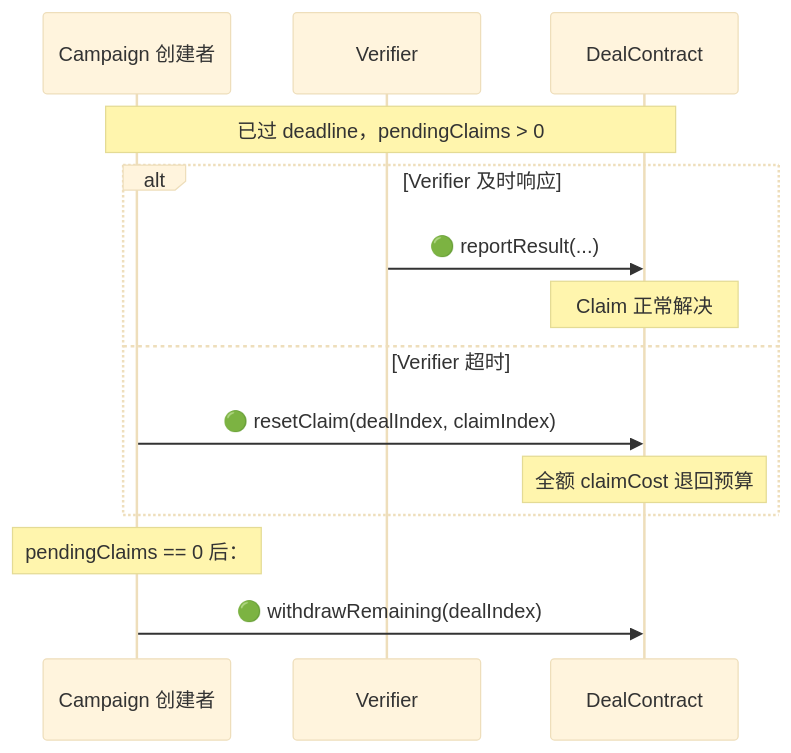
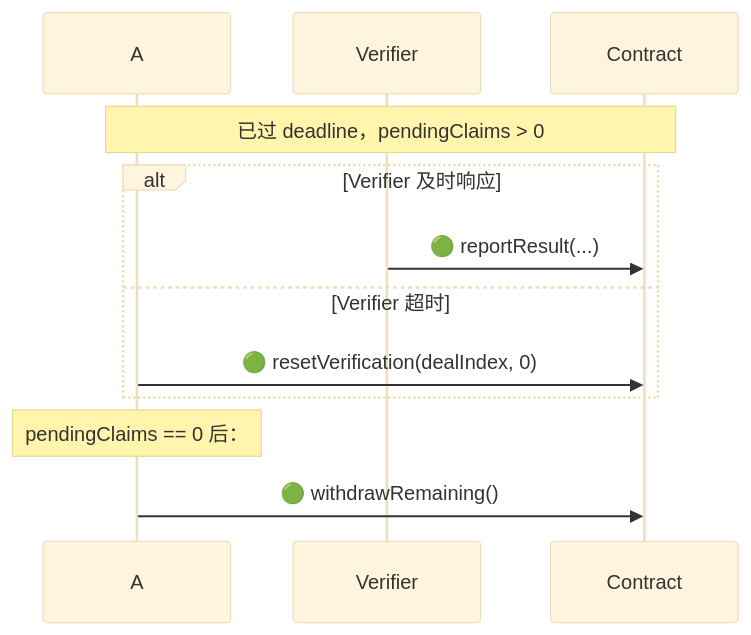
The fifth of 5 diagrams in examples/x-follow/x-follow-design-zh.md (synctxai/synctx), drawn with Mermaid (base theme) before and after one commit. The commit also changed other lines of this file and 1 other file, not shown here.

First line of the commit message:
docs(x-follow): contract IS the campaign, each claim IS a dealIndex

````diff
--- a/examples/x-follow/x-follow-design-zh.md
+++ b/examples/x-follow/x-follow-design-zh.md
@@ -309,19 +327,17 @@
 ```mermaid
 sequenceDiagram
-    participant A as Campaign 创建者
+    participant A as A
     participant V as Verifier
-    participant D as DealContract
+    participant C as Contract
 
-    Note over A,D: 已过 deadline，pendingClaims > 0
+    Note over A,C: 已过 deadline，pendingClaims > 0
 
     alt Verifier 及时响应
-        V->>D: 🟢 reportResult(...)
-        Note over D: Claim 正常解决
+        V->>C: 🟢 reportResult(...)
     else Verifier 超时
-        A->>D: 🟢 resetClaim(dealIndex, claimIndex)
-        Note over D: 全额 claimCost 退回预算
+        A->>C: 🟢 resetVerification(dealIndex, 0)
     end
 
     Note over A: pendingClaims == 0 后：
-    A->>D: 🟢 withdrawRemaining(dealIndex)
+    A->>C: 🟢 withdrawRemaining()
 ```
````
